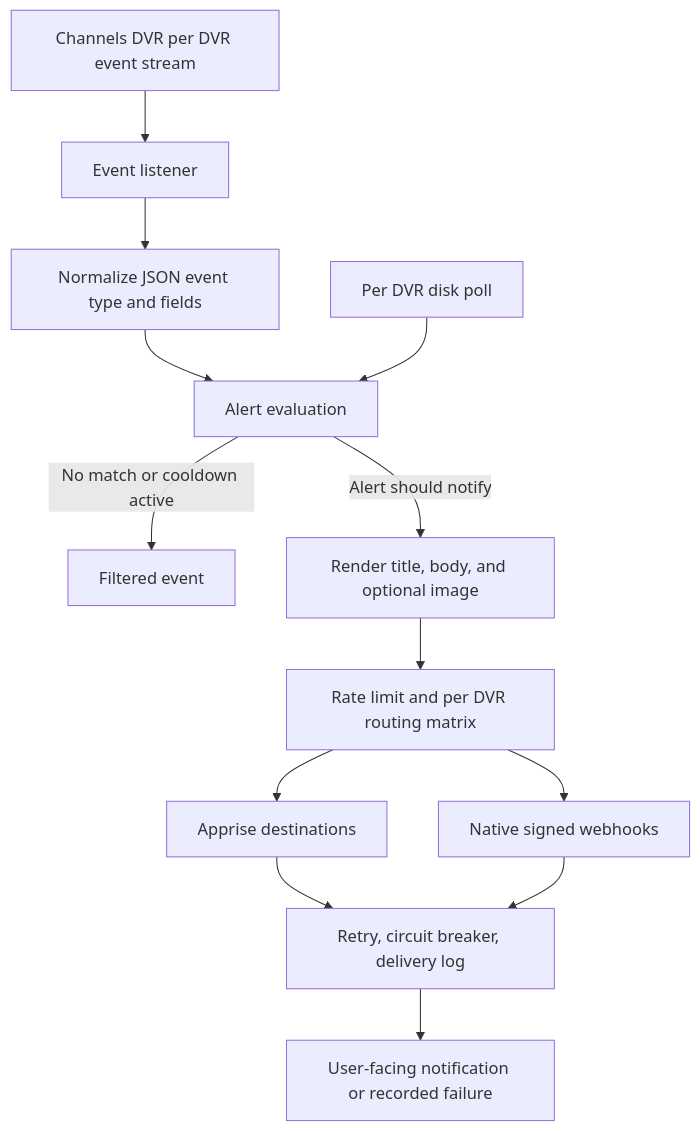
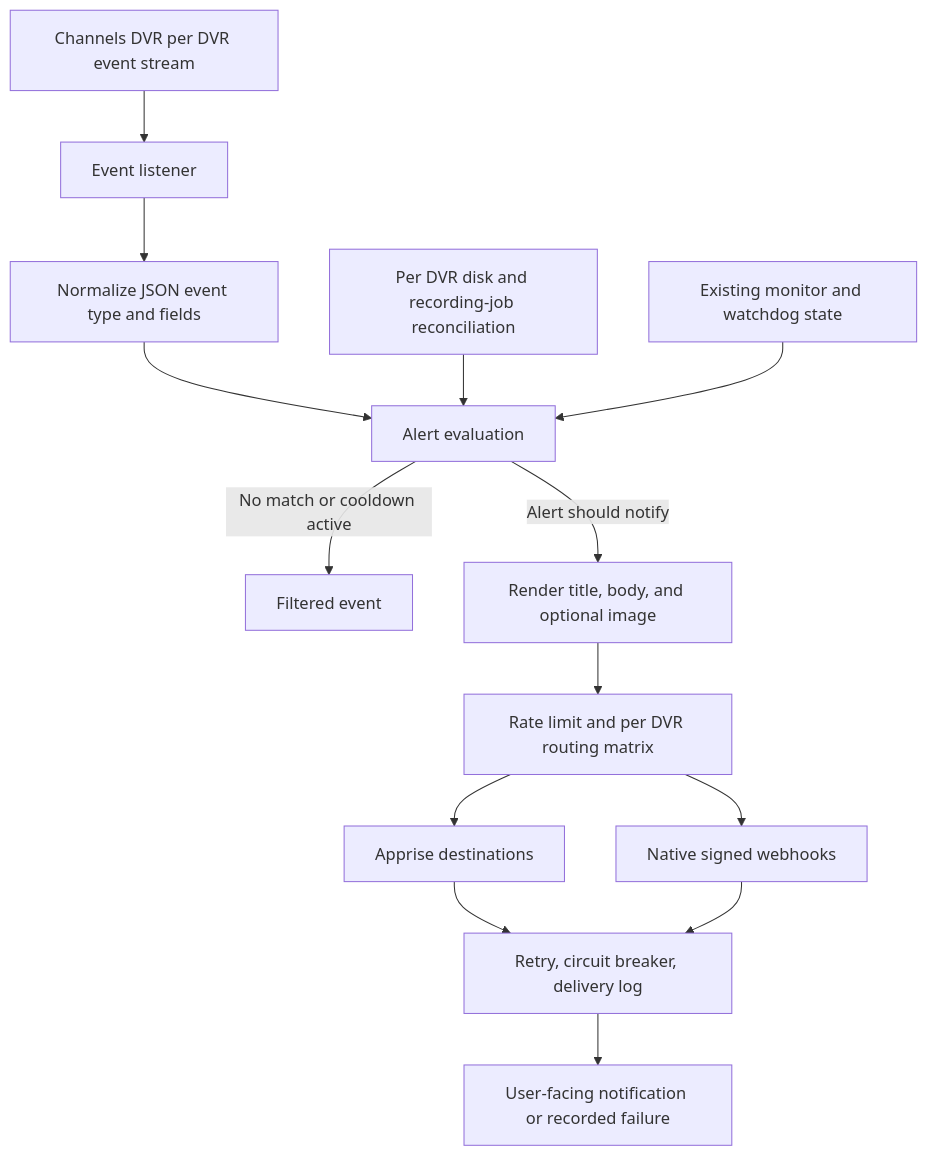
The diagram in docs/explanation/notification-pipeline.md (CoderLuii/ChannelWatch), drawn with Mermaid before and after one commit. The commit also changed other lines of this file and 114 other files, not shown here.

````diff
--- a/docs/explanation/notification-pipeline.md
+++ b/docs/explanation/notification-pipeline.md
@@ -9,15 +9,16 @@
 ```mermaid
 flowchart TD
     A[Channels DVR per DVR event stream] --> B[Event listener]
     B --> C[Normalize JSON event type and fields]
     C --> D[Alert evaluation]
-    E[Per DVR disk poll] --> D
+    E[Per DVR disk and recording-job reconciliation] --> D
+    M[Existing monitor and watchdog state] --> D
     D -->|No match or cooldown active| F[Filtered event]
     D -->|Alert should notify| G[Render title, body, and optional image]
     G --> H[Rate limit and per DVR routing matrix]
     H --> I[Apprise destinations]
     H --> J[Native signed webhooks]
     I --> K[Retry, circuit breaker, delivery log]
     J --> K
     K --> L[User-facing notification or recorded failure]
 ```
````
